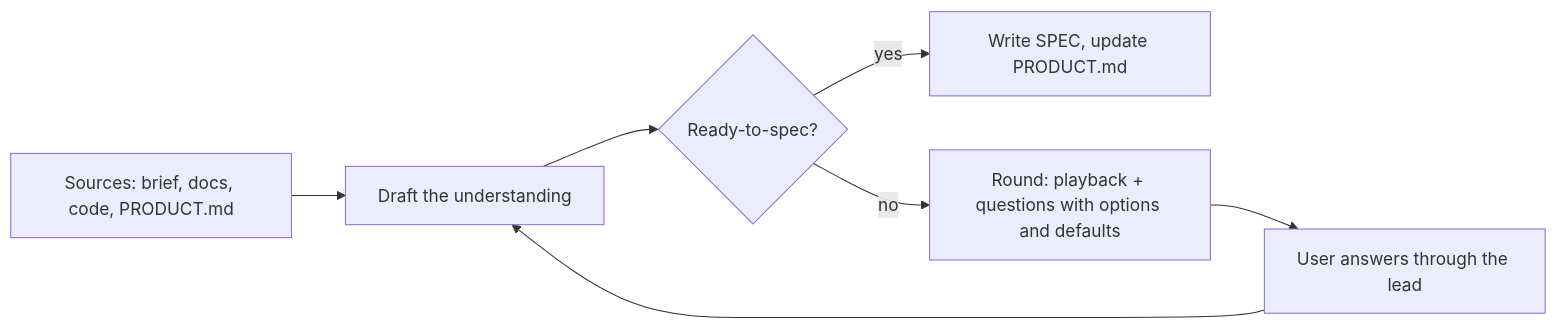
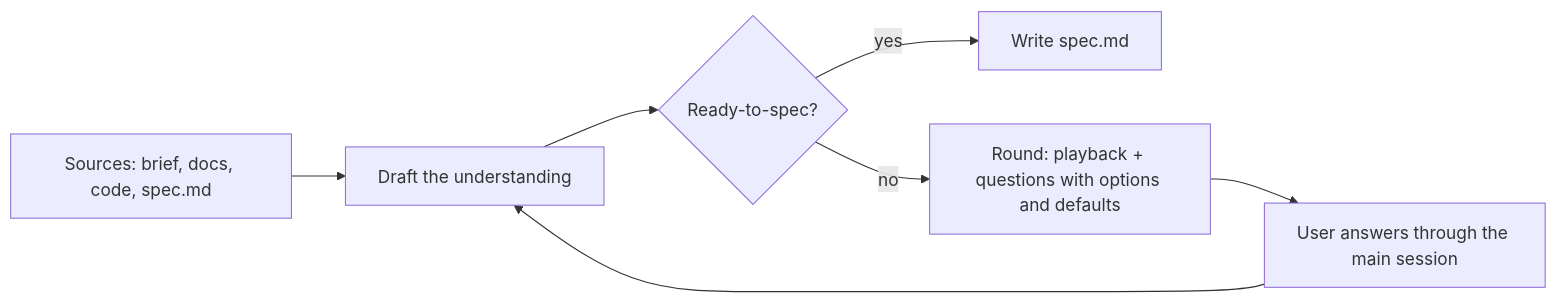
The diagram in skills/business-analysis/SKILL.md (Tuan-Quyen/technical-teams), drawn with Mermaid before and after one commit. The commit also changed other lines of this file and 65 other files, not shown here.

````diff
--- a/skills/business-analysis/SKILL.md
+++ b/skills/business-analysis/SKILL.md
@@ -27,9 +27,9 @@
 ```mermaid
 flowchart LR
-  A[Sources: brief, docs, code, PRODUCT.md] --> B[Draft the understanding]
+  A[Sources: brief, docs, code, spec.md] --> B[Draft the understanding]
   B --> C{Ready-to-spec?}
-  C -- yes --> S[Write SPEC, update PRODUCT.md]
+  C -- yes --> S[Write spec.md]
   C -- no --> Q[Round: playback + questions with options and defaults]
-  Q --> U[User answers through the lead]
+  Q --> U[User answers through the main session]
   U --> B
 ```
````
